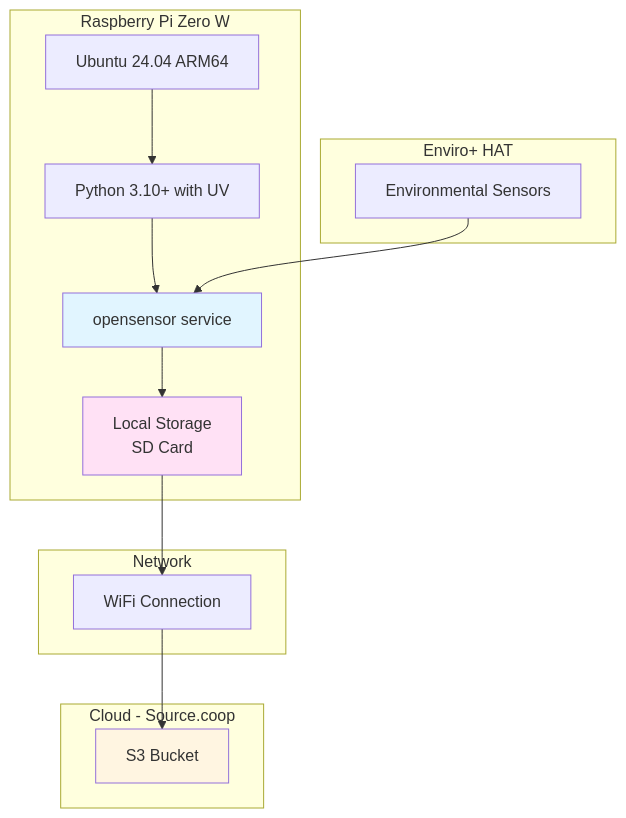
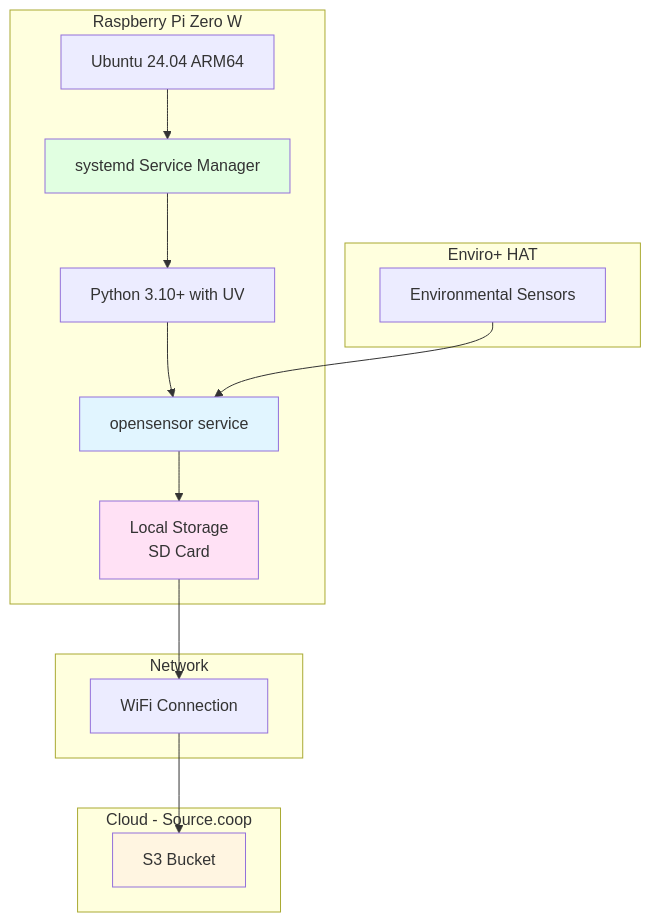
The fifth of 8 diagrams in ARCHITECTURE.md (walkthru-earth/opensensor-enviroplus), drawn with Mermaid before and after one commit. The commit also changed other lines of this file, not shown here.

Commit message:
docs: update ARCHITECTURE.md with systemd service deployment

````diff
--- a/ARCHITECTURE.md
+++ b/ARCHITECTURE.md
@@ -204,32 +204,35 @@
 ```mermaid
 graph TB
     subgraph "Raspberry Pi Zero W"
         OS[Ubuntu 24.04 ARM64]
+        Systemd[systemd Service Manager]
         Python[Python 3.10+ with UV]
         App[opensensor service]
         Storage[Local Storage<br/>SD Card]
     end
 
     subgraph "Enviro+ HAT"
         Sensors[Environmental Sensors]
     end
 
     subgraph "Network"
         WiFi[WiFi Connection]
     end
 
     subgraph "Cloud - Source.coop"
         S3[S3 Bucket]
     end
 
-    OS --> Python
+    OS --> Systemd
+    Systemd --> Python
     Python --> App
     Sensors --> App
     App --> Storage
     Storage --> WiFi
     WiFi --> S3
 
     style App fill:#e1f5ff
+    style Systemd fill:#e1ffe1
     style Storage fill:#ffe1f5
     style S3 fill:#fff5e1
 ```
````
